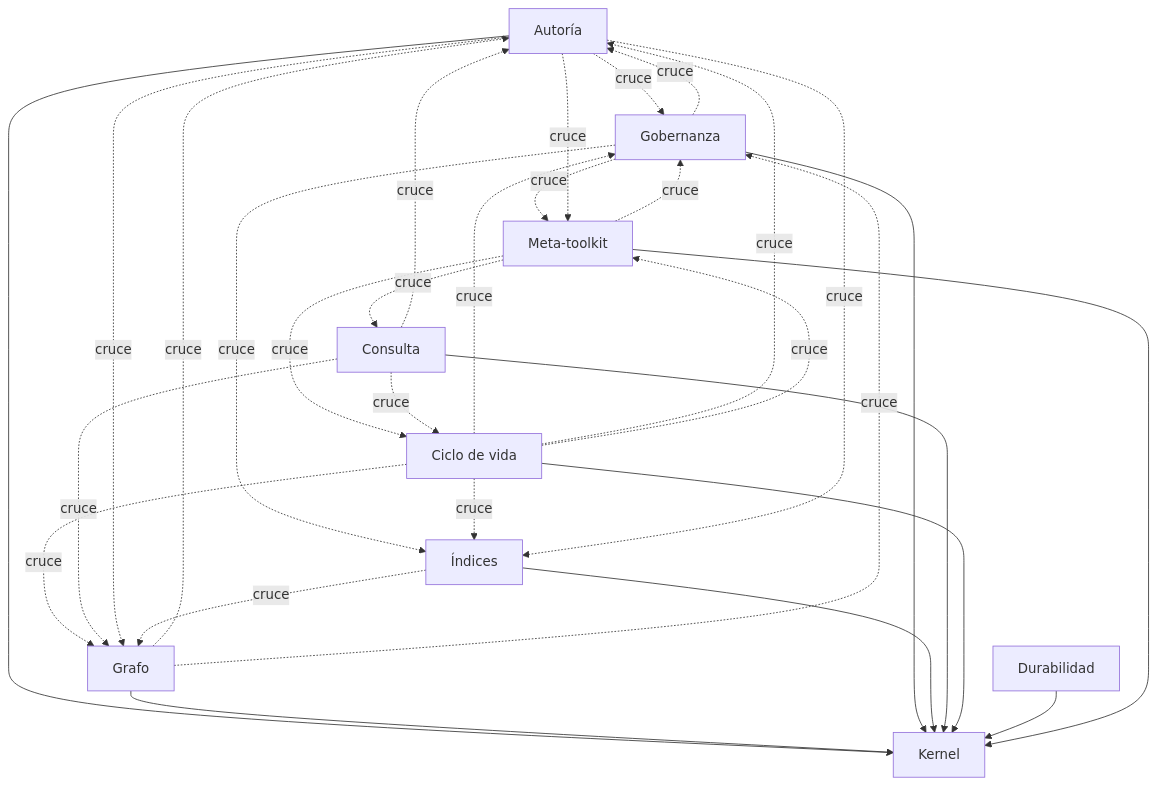
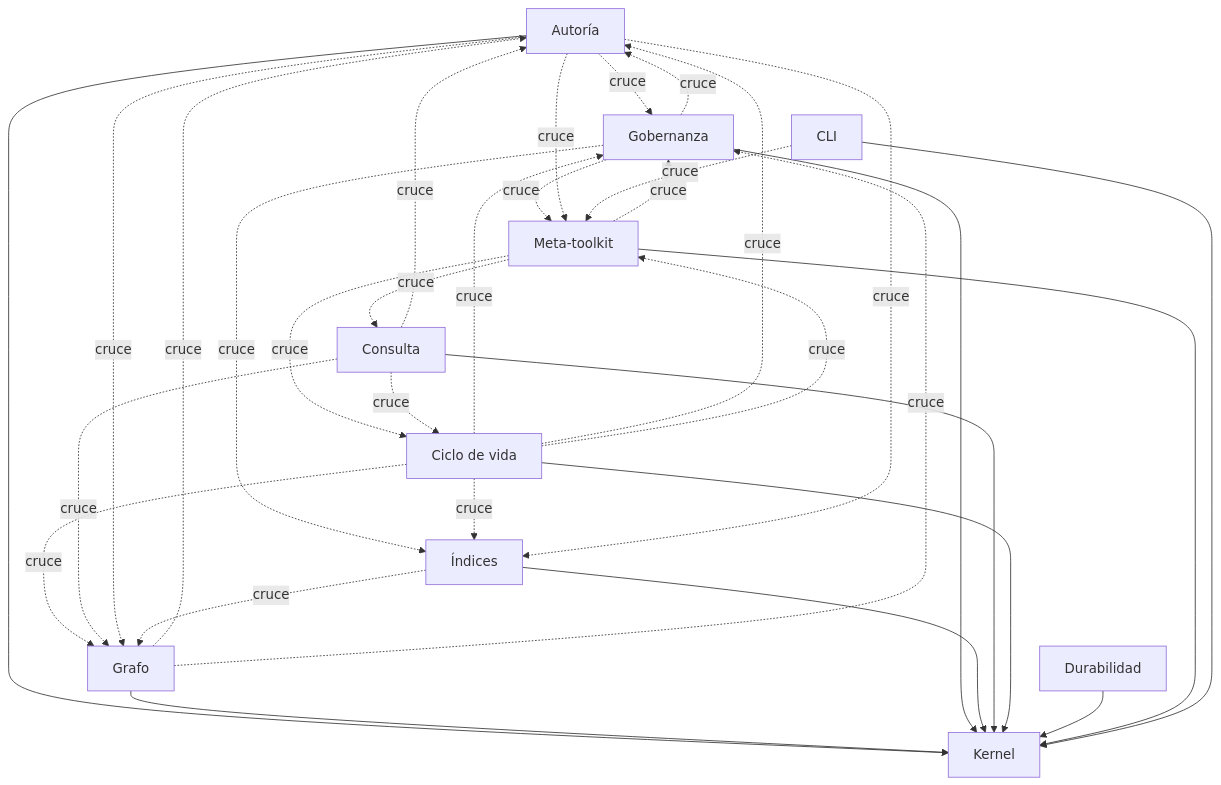
The diagram in docs/ARQUITECTURA.md (devcicm/Vault-Obsidian-Architecture), drawn with Mermaid before and after one commit. The commit also changed other lines of this file and 39 other files, not shown here.

````diff
--- a/docs/ARQUITECTURA.md
+++ b/docs/ARQUITECTURA.md
@@ -17,41 +17,44 @@
 ```mermaid
 graph TD
     kernel["Kernel"]
     autoria["Autoría"]
     grafo["Grafo"]
     gobernanza["Gobernanza"]
     indices["Índices"]
     consulta["Consulta"]
     ciclo_de_vida["Ciclo de vida"]
     durabilidad["Durabilidad"]
     meta_toolkit["Meta-toolkit"]
+    cli["CLI"]
     autoria --> kernel
     grafo --> kernel
     gobernanza --> kernel
     indices --> kernel
     consulta --> kernel
     ciclo_de_vida --> kernel
     durabilidad --> kernel
     meta_toolkit --> kernel
+    cli --> kernel
     meta_toolkit -.->|cruce| gobernanza
     autoria -.->|cruce| gobernanza
     grafo -.->|cruce| autoria
     consulta -.->|cruce| autoria
     meta_toolkit -.->|cruce| consulta
     gobernanza -.->|cruce| meta_toolkit
     gobernanza -.->|cruce| indices
     gobernanza -.->|cruce| autoria
     ciclo_de_vida -.->|cruce| gobernanza
     ciclo_de_vida -.->|cruce| indices
     ciclo_de_vida -.->|cruce| autoria
     ciclo_de_vida -.->|cruce| grafo
     meta_toolkit -.->|cruce| ciclo_de_vida
     ciclo_de_vida -.->|cruce| meta_toolkit
     consulta -.->|cruce| grafo
     autoria -.->|cruce| meta_toolkit
     autoria -.->|cruce| indices
+    cli -.->|cruce| meta_toolkit
     autoria -.->|cruce| grafo
     consulta -.->|cruce| ciclo_de_vida
     grafo -.->|cruce| gobernanza
     indices -.->|cruce| grafo
 ```
````
